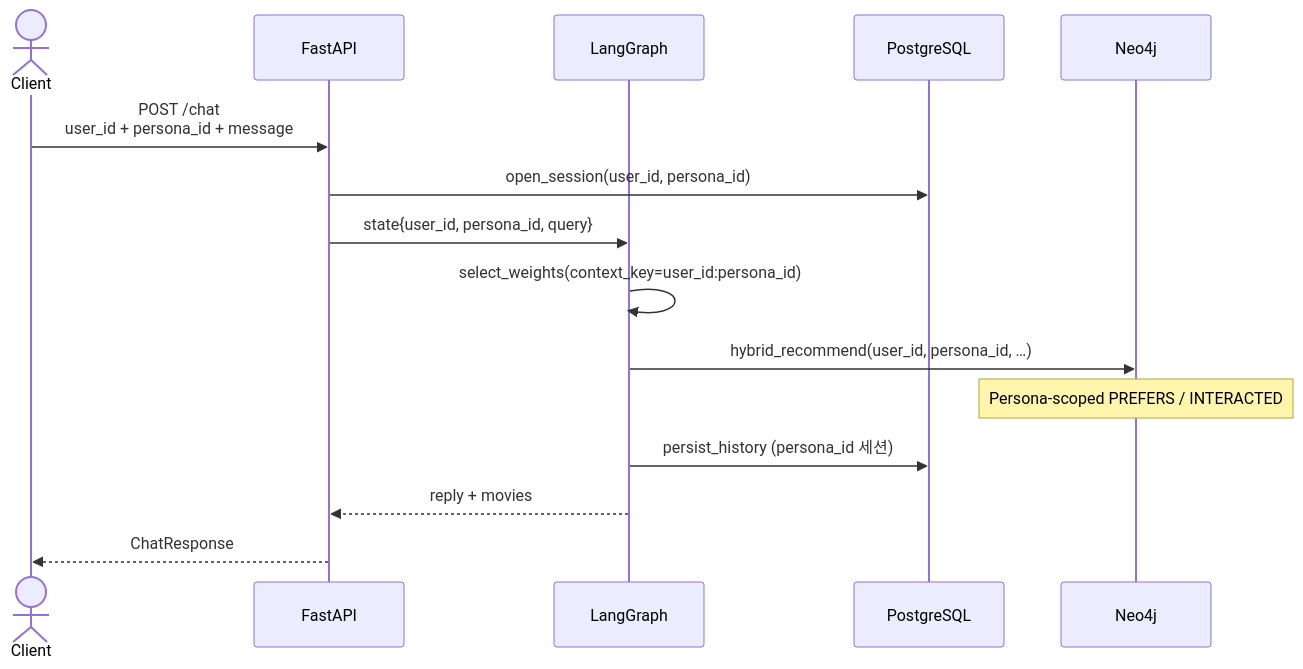
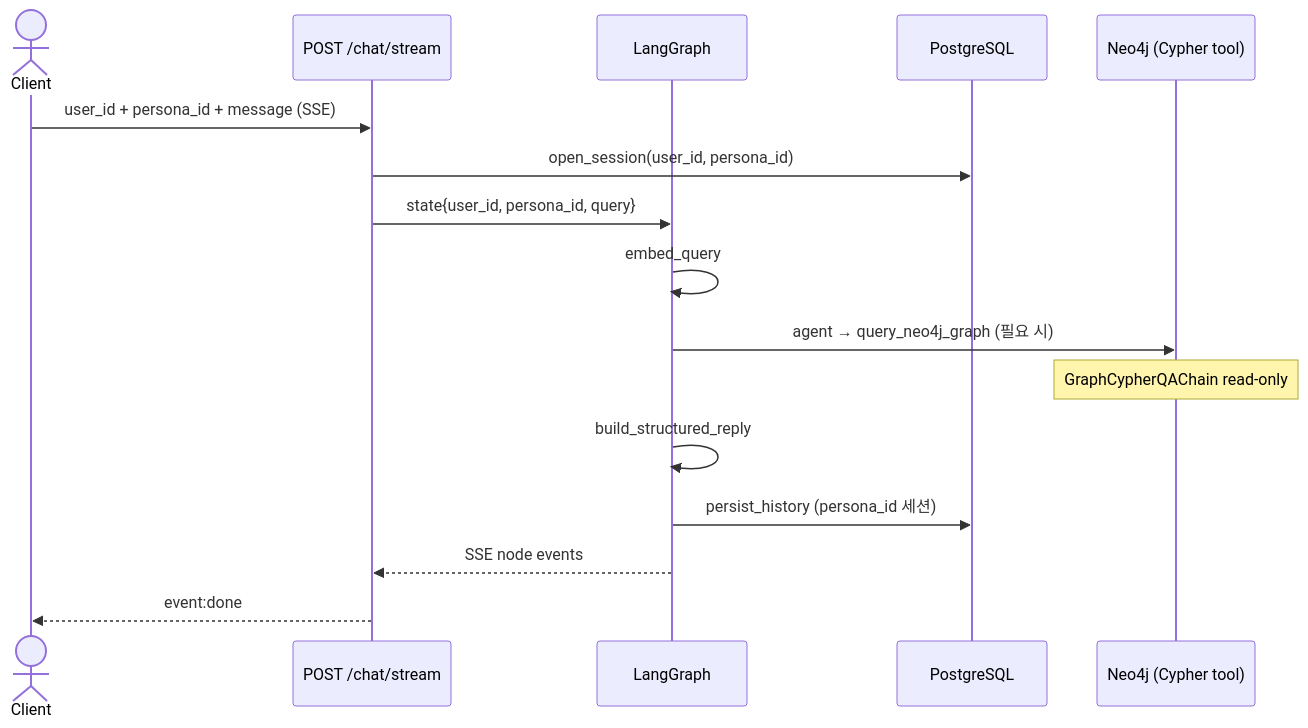
One commit to kakao4-KAKAMU/KAKAMU_DE changed the second of 2 diagrams in docs/persona_recommendation.md. Above: the diagram before and after it, drawn with Mermaid. The commit also changed other lines of this file and 14 other files, not shown here.

````diff
--- a/docs/persona_recommendation.md
+++ b/docs/persona_recommendation.md
@@ -51,19 +53,20 @@
 ```mermaid
 sequenceDiagram
     actor C as Client
-    participant API as FastAPI
+    participant API as POST /chat/stream
     participant LG as LangGraph
     participant PG as PostgreSQL
-    participant NEO as Neo4j
+    participant NEO as Neo4j (Cypher tool)
 
-    C->>API: POST /chat<br/>user_id + persona_id + message
+    C->>API: user_id + persona_id + message (SSE)
     API->>PG: open_session(user_id, persona_id)
     API->>LG: state{user_id, persona_id, query}
 
-    LG->>LG: select_weights(context_key=user_id:persona_id)
-    LG->>NEO: hybrid_recommend(user_id, persona_id, …)
-    Note over NEO: Persona-scoped PREFERS / INTERACTED
+    LG->>LG: embed_query
+    LG->>NEO: agent → query_neo4j_graph (필요 시)
+    Note over NEO: GraphCypherQAChain read-only
+    LG->>LG: build_structured_reply
     LG->>PG: persist_history (persona_id 세션)
-    LG-->>API: reply + movies
-    API-->>C: ChatResponse
+    LG-->>API: SSE node events
+    API-->>C: event:done
 ```
````
